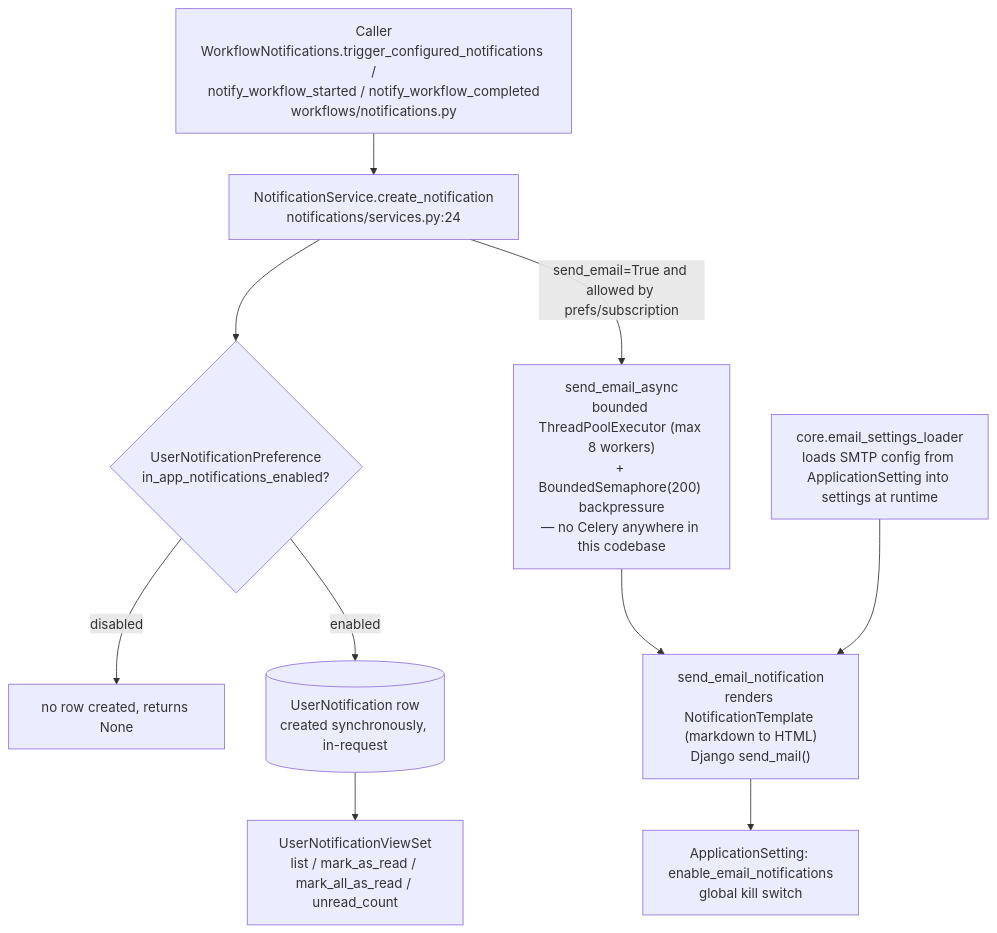
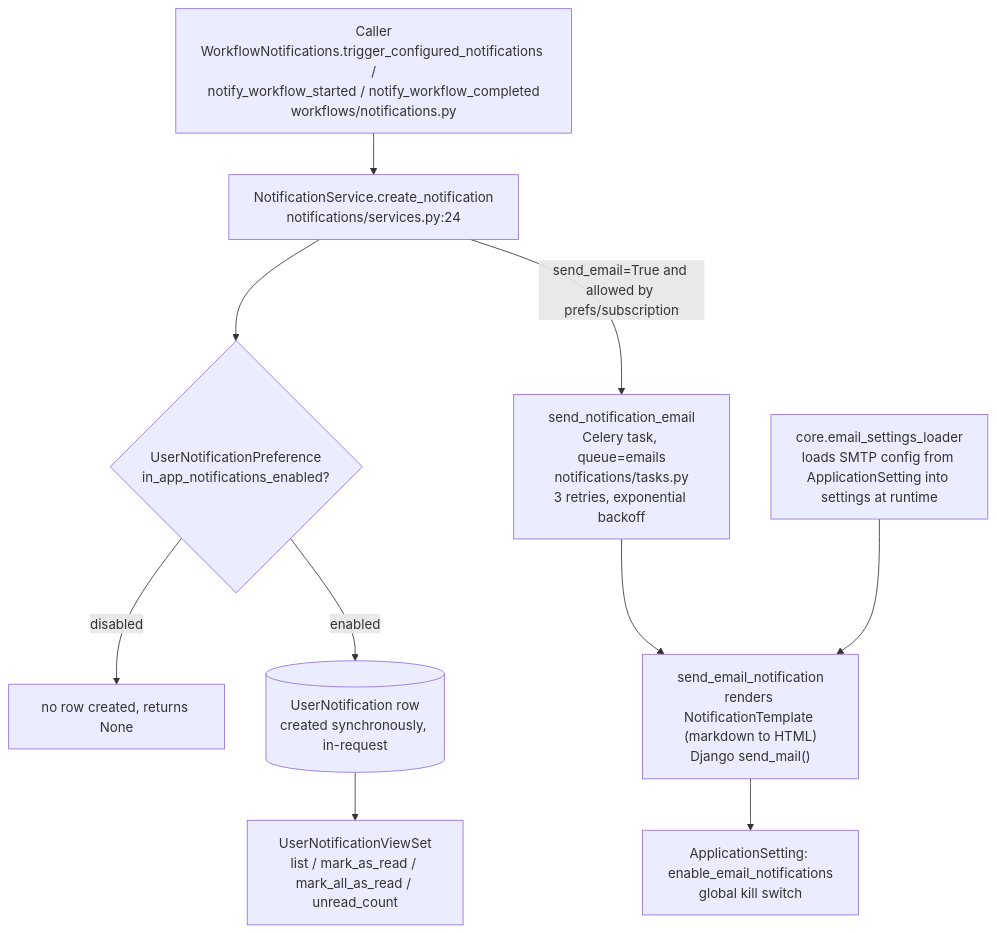
One commit to arslant84/tms.app changed the tenth of 11 diagrams in docs/ARCHITECTURE.md. Above: the diagram before and after it, drawn with Mermaid. The commit also changed other lines of this file, not shown here.

First line of the commit message:
Update architecture doc for Celery/Redis/MinIO adoption and Combined Request removal

````diff
--- a/docs/ARCHITECTURE.md
+++ b/docs/ARCHITECTURE.md
@@ -424,19 +453,19 @@
 ```mermaid
 flowchart TD
     CALLER["Caller<br/>WorkflowNotifications.trigger_configured_notifications /<br/>notify_workflow_started / notify_workflow_completed<br/>workflows/notifications.py"]
     NS["NotificationService.create_notification<br/>notifications/services.py:24"]
     PREF{"UserNotificationPreference<br/>in_app_notifications_enabled?"}
     ROW[("UserNotification row<br/>created synchronously, in-request")]
-    THREAD["send_email_async<br/>bounded ThreadPoolExecutor (max 8 workers)<br/>+ BoundedSemaphore(200) backpressure<br/>— no Celery anywhere in this codebase"]
+    TASK["send_notification_email<br/>Celery task, queue=emails<br/>notifications/tasks.py<br/>3 retries, exponential backoff"]
     EMAIL["send_email_notification<br/>renders NotificationTemplate (markdown to HTML)<br/>Django send_mail()"]
     KILL["ApplicationSetting: enable_email_notifications<br/>global kill switch"]
     CFG["core.email_settings_loader<br/>loads SMTP config from ApplicationSetting into settings at runtime"]
     API["UserNotificationViewSet<br/>list / mark_as_read / mark_all_as_read / unread_count"]
 
     CALLER --> NS --> PREF
     PREF -->|"disabled"| STOP1["no row created, returns None"]
     PREF -->|"enabled"| ROW --> API
-    NS -->|"send_email=True and allowed by prefs/subscription"| THREAD --> EMAIL
+    NS -->|"send_email=True and allowed by prefs/subscription"| TASK --> EMAIL
     EMAIL --> KILL
     CFG --> EMAIL
 ```
````
